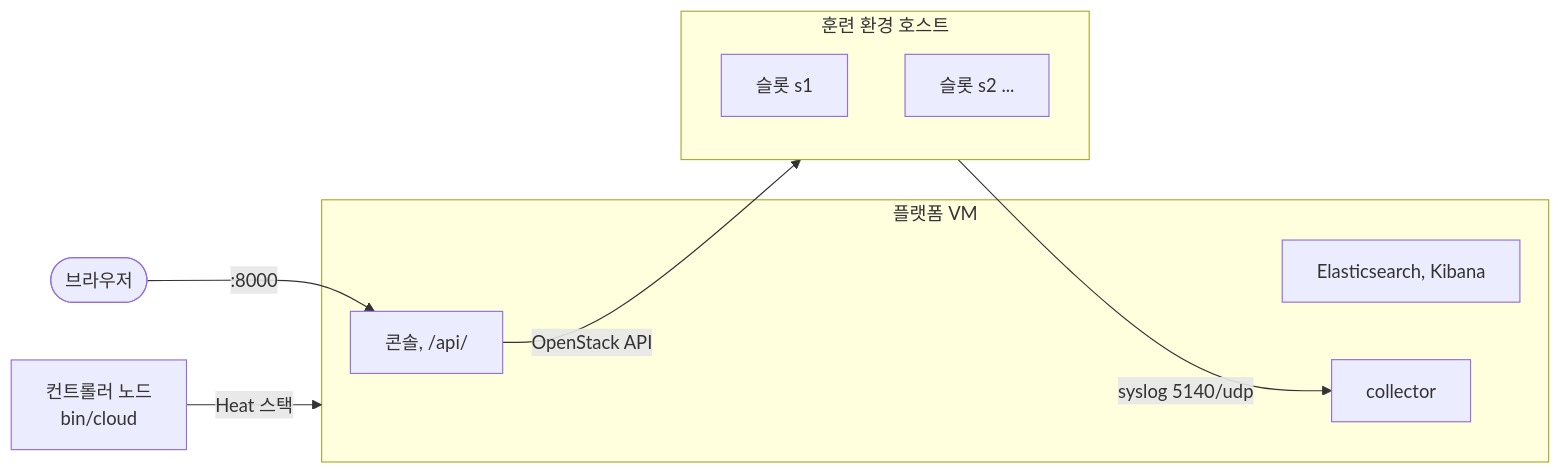
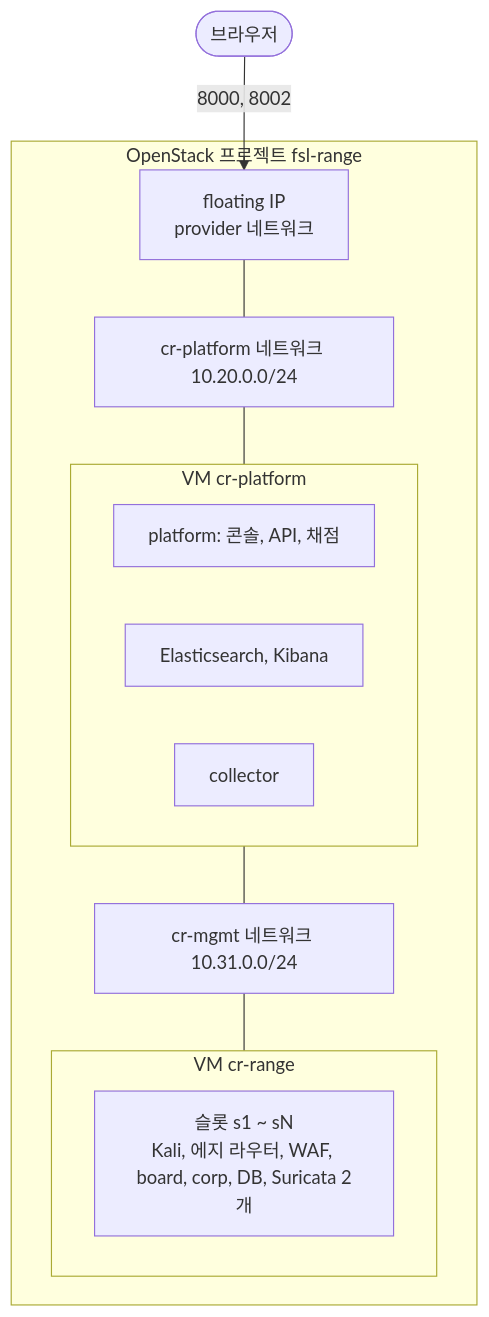
One commit to Nekonic/fsl-project-mvp changed the diagram in README.md. Above: the diagram before and after it, drawn with Mermaid. The commit also changed other lines of this file, not shown here.

Commit message:
docs: README layout drawn as the OpenStack project holds it

````diff
--- a/README.md
+++ b/README.md
@@ -31,16 +31,18 @@
 ```mermaid
-flowchart LR
-  op["컨트롤러 노드<br/>bin/cloud"] -->|Heat 스택| pvm
-  subgraph pvm["플랫폼 VM"]
-    console["콘솔, /api/"]
-    es["Elasticsearch, Kibana"]
-    col["collector"]
+flowchart TB
+  user(["브라우저"]) -->|"8000, 8002"| fip["floating IP<br/>provider 네트워크"]
+  subgraph os["OpenStack 프로젝트 fsl-range"]
+    fip --- pnet["cr-platform 네트워크 10.20.0.0/24"]
+    pnet --- pvm
+    subgraph pvm["VM cr-platform"]
+      platform["platform: 콘솔, API, 채점"]
+      elk["Elasticsearch, Kibana"]
+      collector["collector"]
+    end
+    pvm --- mgmt["cr-mgmt 네트워크 10.31.0.0/24"]
+    mgmt --- rvm
+    subgraph rvm["VM cr-range"]
+      slots["슬롯 s1 ~ sN<br/>Kali, 에지 라우터, WAF, board, corp, DB, Suricata 2개"]
+    end
   end
-  console -->|OpenStack API| rvm
-  subgraph rvm["훈련 환경 호스트"]
-    s1["슬롯 s1"]
-    s2["슬롯 s2 ..."]
-  end
-  rvm -->|"syslog 5140/udp"| col
-  browser(["브라우저"]) -->|":8000"| console
 ```
````
